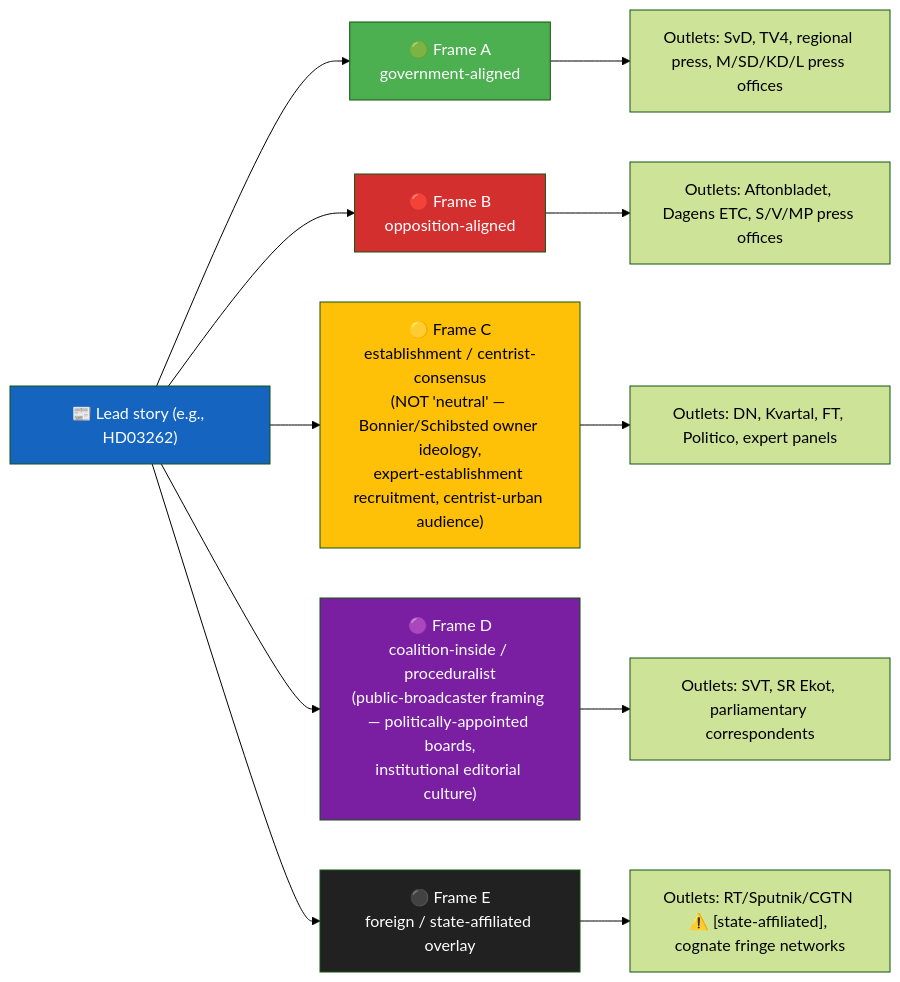
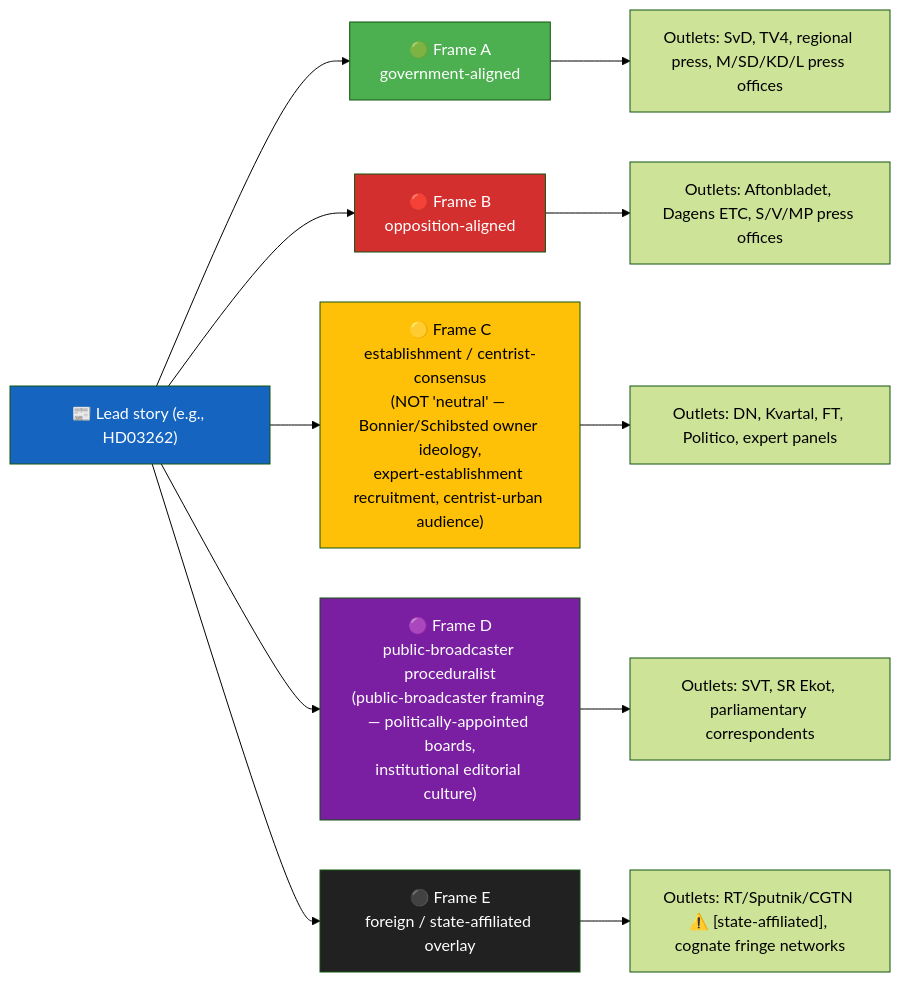
One commit to Hack23/riksdagsmonitor changed the first of 4 diagrams in analysis/templates/media-framing-analysis.md. Above: the diagram before and after it, drawn with Mermaid (forest theme). The commit also changed other lines of this file and 2 other files, not shown here.

First line of the commit message:
media-framing v2.1: harmonise Frame C/D labels and bias terms per review

````diff
--- a/analysis/templates/media-framing-analysis.md
+++ b/analysis/templates/media-framing-analysis.md
@@ -63,21 +63,21 @@
 ```mermaid
 graph LR
     STORY["📰 Lead story (e.g., HD03262)"] --> F1["🟢 Frame A<br/>government-aligned"]
     STORY --> F2["🔴 Frame B<br/>opposition-aligned"]
     STORY --> F3["🟡 Frame C<br/>establishment / centrist-consensus<br/>(NOT 'neutral' — Bonnier/Schibsted owner ideology,<br/>expert-establishment recruitment, centrist-urban audience)"]
-    STORY --> F4["🟣 Frame D<br/>coalition-inside / proceduralist<br/>(public-broadcaster framing — politically-appointed boards,<br/>institutional editorial culture)"]
+    STORY --> F4["🟣 Frame D<br/>public-broadcaster proceduralist<br/>(public-broadcaster framing — politically-appointed boards,<br/>institutional editorial culture)"]
     STORY --> F5["⚫ Frame E<br/>foreign / state-affiliated overlay"]
 
     F1 --> OUT1["Outlets: SvD, TV4, regional press, M/SD/KD/L press offices"]
     F2 --> OUT2["Outlets: Aftonbladet, Dagens ETC, S/V/MP press offices"]
     F3 --> OUT3["Outlets: DN, Kvartal, FT, Politico, expert panels"]
     F4 --> OUT4["Outlets: SVT, SR Ekot, parliamentary correspondents"]
     F5 --> OUT5["Outlets: RT/Sputnik/CGTN ⚠️ [state-affiliated], cognate fringe networks"]
 
     style STORY fill:#1565C0,color:#FFFFFF
     style F1 fill:#4CAF50,color:#FFFFFF
     style F2 fill:#D32F2F,color:#FFFFFF
     style F3 fill:#FFC107,color:#000000
     style F4 fill:#7B1FA2,color:#FFFFFF
     style F5 fill:#212121,color:#FFFFFF
 ```
````
